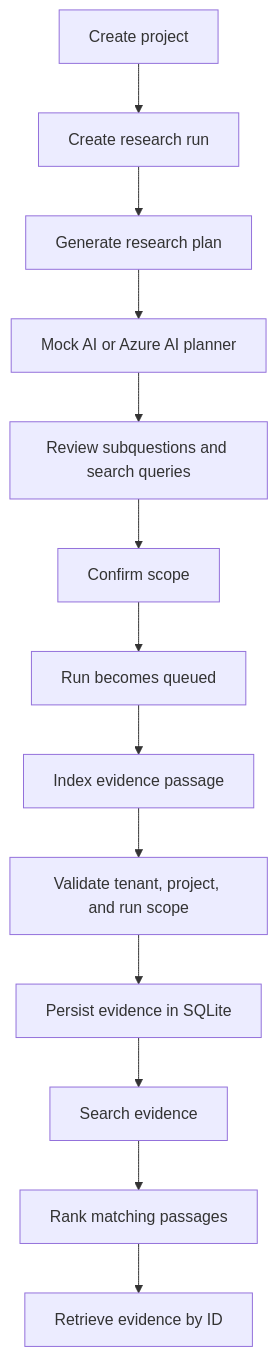
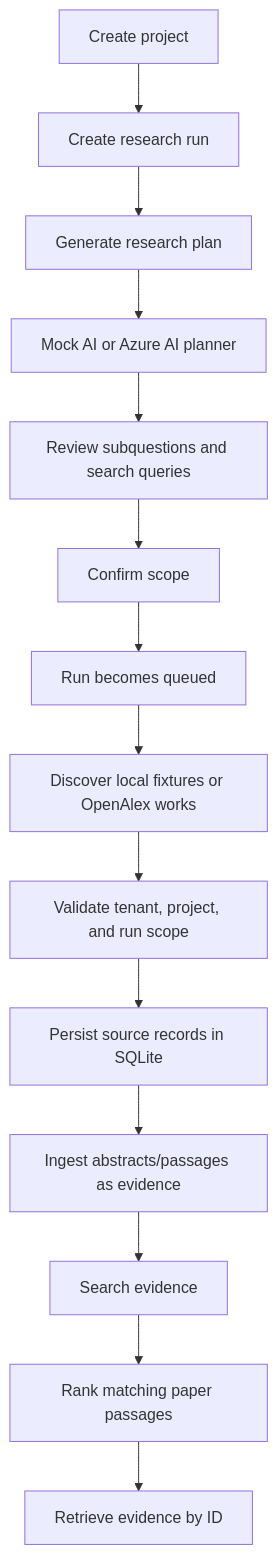
One commit to taza1/regula changed the diagram in research_system/PROJECT_FLOW.md. Above: the diagram before and after it, drawn with Mermaid. The commit also changed other lines of this file and 11 other files, not shown here.

Commit message:
Implement OpenAlex research discovery slice

````diff
--- a/research_system/PROJECT_FLOW.md
+++ b/research_system/PROJECT_FLOW.md
@@ -5,15 +5,16 @@
 ```mermaid
 flowchart TD
     A[Create project] --> B[Create research run]
     B --> C[Generate research plan]
     C --> D[Mock AI or Azure AI planner]
     D --> E[Review subquestions and search queries]
     E --> F[Confirm scope]
     F --> G[Run becomes queued]
-    G --> H[Index evidence passage]
+    G --> H[Discover local fixtures or OpenAlex works]
     H --> I[Validate tenant, project, and run scope]
-    I --> J[Persist evidence in SQLite]
-    J --> K[Search evidence]
-    K --> L[Rank matching passages]
-    L --> M[Retrieve evidence by ID]
+    I --> J[Persist source records in SQLite]
+    J --> K[Ingest abstracts/passages as evidence]
+    K --> L[Search evidence]
+    L --> M[Rank matching paper passages]
+    M --> N[Retrieve evidence by ID]
 ```
````
